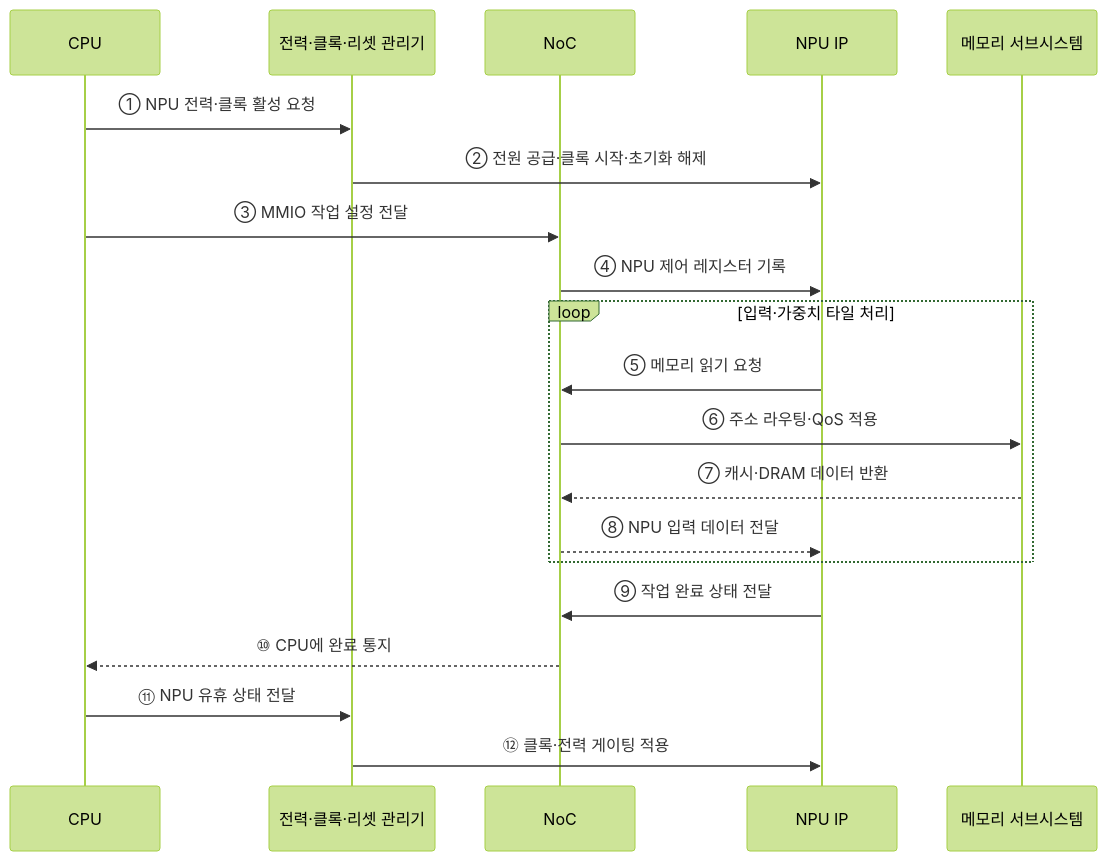
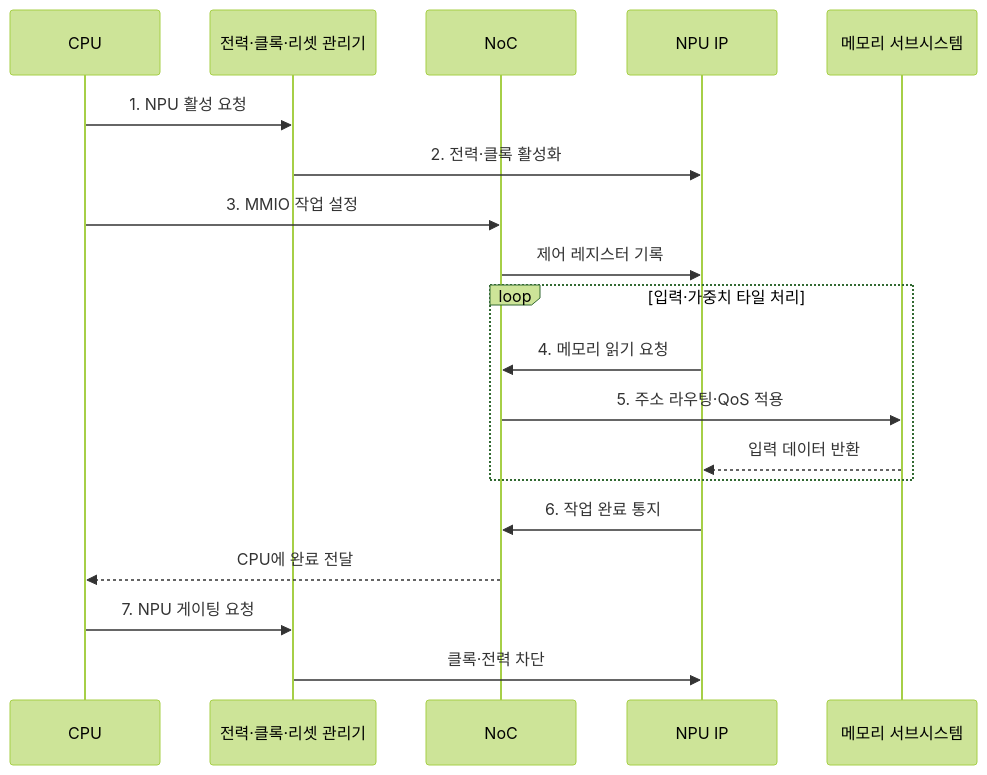
The second of 2 diagrams in src/content/docs/notes/02-hardware/038_system_on_chip.md (agnusdei1207/knowledge-base), drawn with Mermaid (forest theme) before and after one commit. The commit also changed other lines of this file and 20 other files, not shown here.

````diff
--- a/src/content/docs/notes/02-hardware/038_system_on_chip.md
+++ b/src/content/docs/notes/02-hardware/038_system_on_chip.md
@@ -90,23 +94,22 @@
 ```mermaid
 sequenceDiagram
     participant C as CPU
     participant P as 전력·클록·리셋 관리기
     participant N as NoC
     participant A as NPU IP
     participant M as 메모리 서브시스템
 
-    C->>P: ① NPU 전력·클록 활성 요청
-    P->>A: ② 전원 공급·클록 시작·초기화 해제
-    C->>N: ③ MMIO 작업 설정 전달
-    N->>A: ④ NPU 제어 레지스터 기록
+    C->>P: 1. NPU 활성 요청
+    P->>A: 2. 전력·클록 활성화
+    C->>N: 3. MMIO 작업 설정
+    N->>A: 제어 레지스터 기록
     loop 입력·가중치 타일 처리
-        A->>N: ⑤ 메모리 읽기 요청
-        N->>M: ⑥ 주소 라우팅·QoS 적용
-        M-->>N: ⑦ 캐시·DRAM 데이터 반환
-        N-->>A: ⑧ NPU 입력 데이터 전달
+        A->>N: 4. 메모리 읽기 요청
+        N->>M: 5. 주소 라우팅·QoS 적용
+        M-->>A: 입력 데이터 반환
     end
-    A->>N: ⑨ 작업 완료 상태 전달
-    N-->>C: ⑩ CPU에 완료 통지
-    C->>P: ⑪ NPU 유휴 상태 전달
-    P->>A: ⑫ 클록·전력 게이팅 적용
+    A->>N: 6. 작업 완료 통지
+    N-->>C: CPU에 완료 전달
+    C->>P: 7. NPU 게이팅 요청
+    P->>A: 클록·전력 차단
 ```
````
